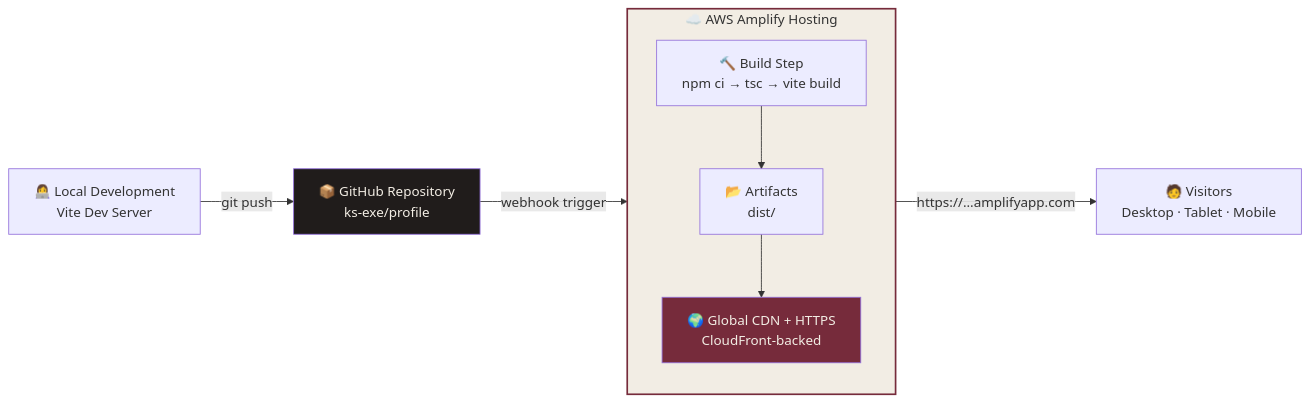
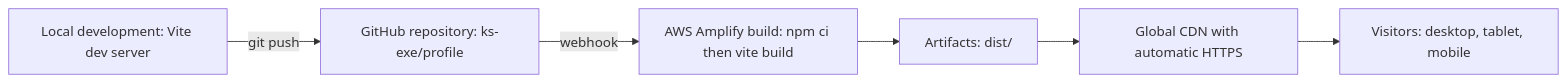
One commit to ks-exe/profile changed the first of 3 diagrams in README.md. Above: the diagram before and after it, drawn with Mermaid. The commit also changed other lines of this file, not shown here.

````diff
--- a/README.md
+++ b/README.md
@@ -75,24 +63,8 @@
 ```mermaid
 flowchart LR
-    DEV["👩‍💻 Local Development<br/>Vite Dev Server"]
-    GH["📦 GitHub Repository<br/>ks-exe/profile"]
-
-    subgraph AWS["☁️ AWS Amplify Hosting"]
-        direction TB
-        BUILD["🔨 Build Step<br/>npm ci → tsc → vite build"]
-        ART["📂 Artifacts<br/>dist/"]
-        CDN["🌍 Global CDN + HTTPS<br/>CloudFront-backed"]
-    end
-
-    USER["🧑 Visitors<br/>Desktop · Tablet · Mobile"]
-
-    DEV -->|git push| GH
-    GH -->|webhook trigger| BUILD
-    BUILD --> ART
-    ART --> CDN
-    CDN -->|https://...amplifyapp.com| USER
-
-    style AWS fill:#F2EDE4,stroke:#762B3B,stroke-width:2px
-    style GH fill:#201C1B,color:#F2EDE4
-    style CDN fill:#762B3B,color:#F2EDE4
+    Dev[Local development: Vite dev server] -->|git push| GitHub[GitHub repository: ks-exe/profile]
+    GitHub -->|webhook| Build[AWS Amplify build: npm ci then vite build]
+    Build --> Artifacts[Artifacts: dist/]
+    Artifacts --> CDN[Global CDN with automatic HTTPS]
+    CDN --> Users[Visitors: desktop, tablet, mobile]
 ```
````
